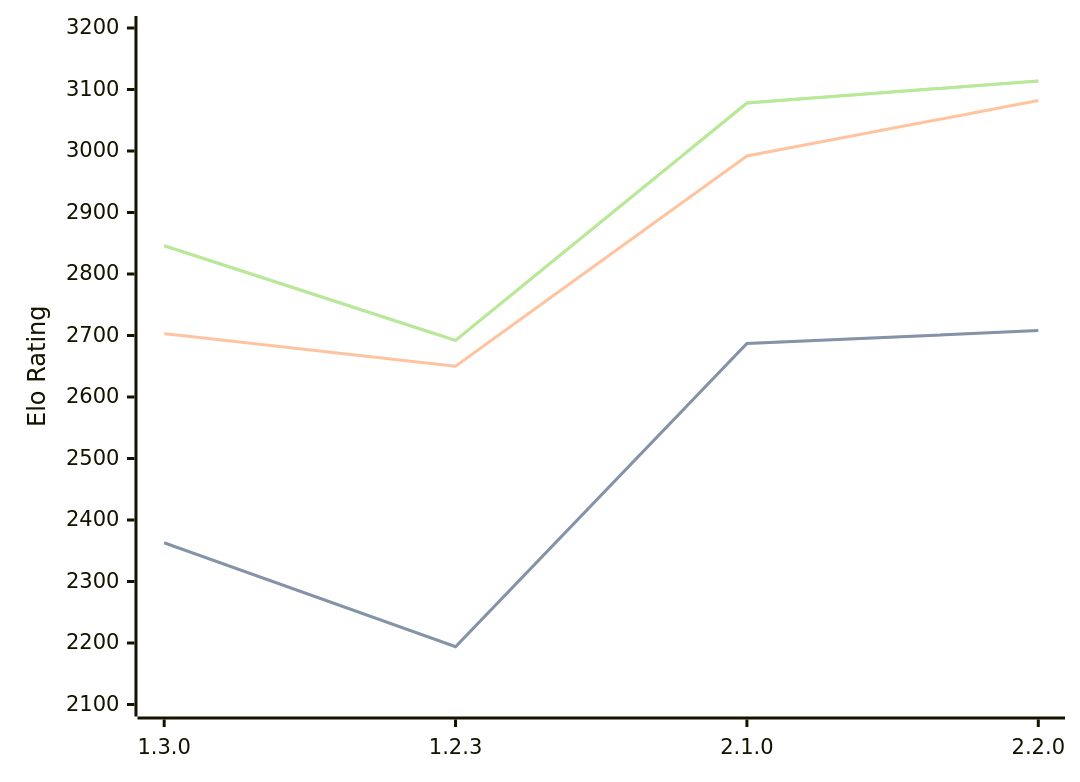
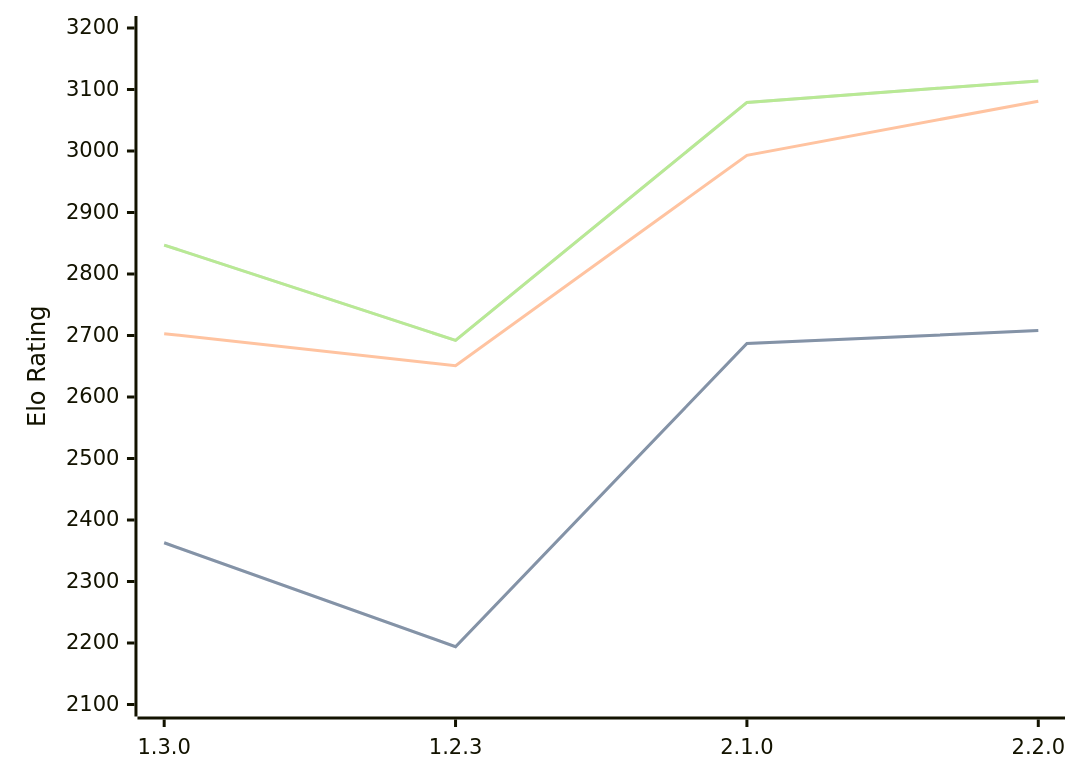
One commit to computer-chess-index/cci changed the diagram in engines/Aspen.md. Above: the diagram before and after it, drawn with Mermaid. The commit also changed other lines of this file, not shown here.

Commit message:
Update CCI Ratings (ELO VLTC) - 2026-09-16

````diff
--- a/engines/Aspen.md
+++ b/engines/Aspen.md
@@ -43,11 +43,11 @@
 ```mermaid
 %%{init: {"theme":"base","themeVariables":{"seriesColors:['#a3a3a3','#222221','#faa371']}}}%%
 xychart-beta
   x-axis ["1.3.0", "1.2.3", "2.1.0", "2.2.0"]
   y-axis "Elo Rating" 2100 --> 3200
   line "" [2363, 2194, 2687, 2708]
   line "STC (8.0+0.08s)" [2363, 2194, 2687, 2708]
-  line "LTC (60.0+0.60s)" [2703, 2650, 2992, 3082]
-  line "" [2846, 2692, 3078, 3114]
-  line "VLTC (2m24s+1.12s)" [2846, 2692, 3078, 3114]
+  line "LTC (60.0+0.60s)" [2703, 2651, 2993, 3081]
+  line "" [2847, 2692, 3079, 3114]
+  line "VLTC (2m24s+1.12s)" [2847, 2692, 3079, 3114]
 ```
````
